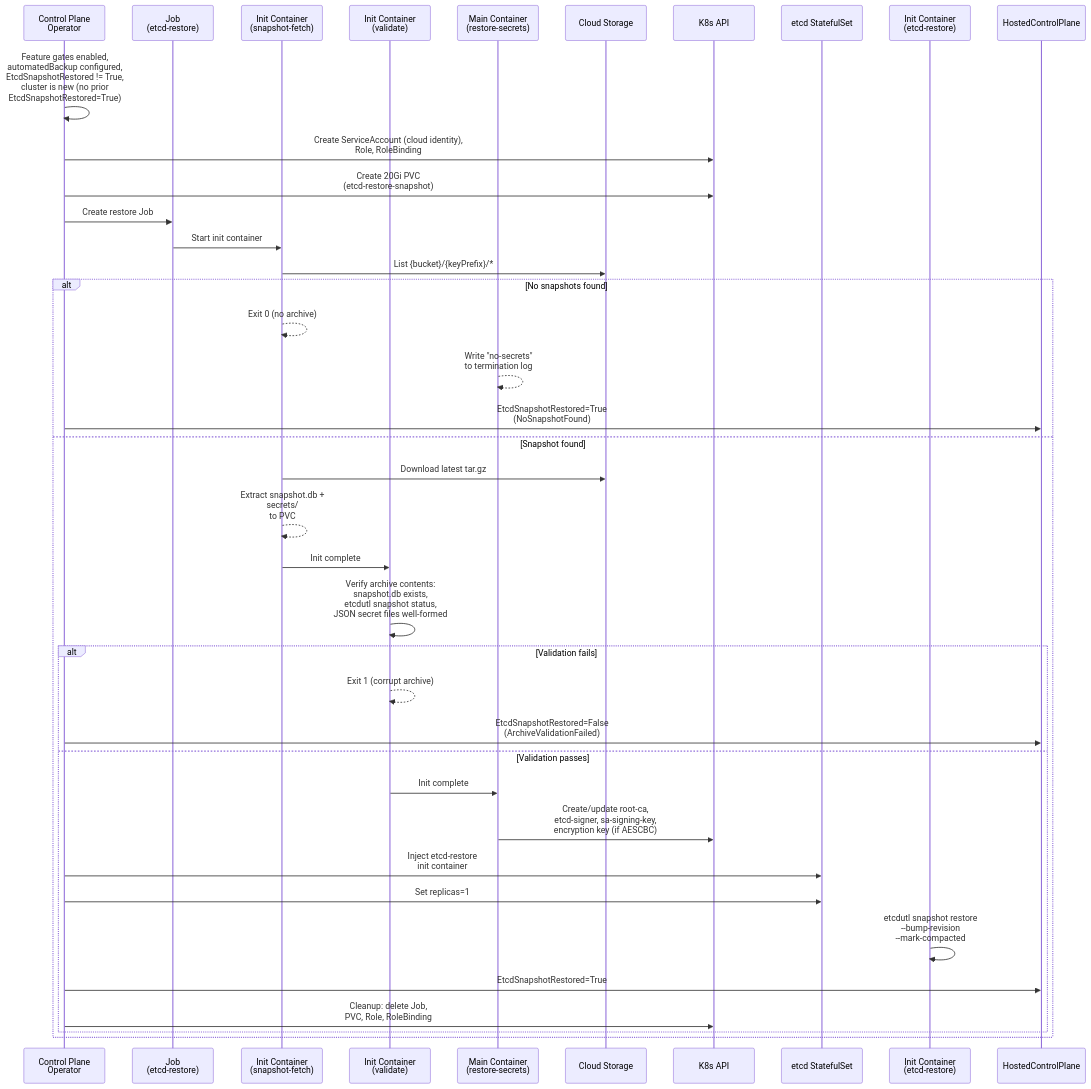
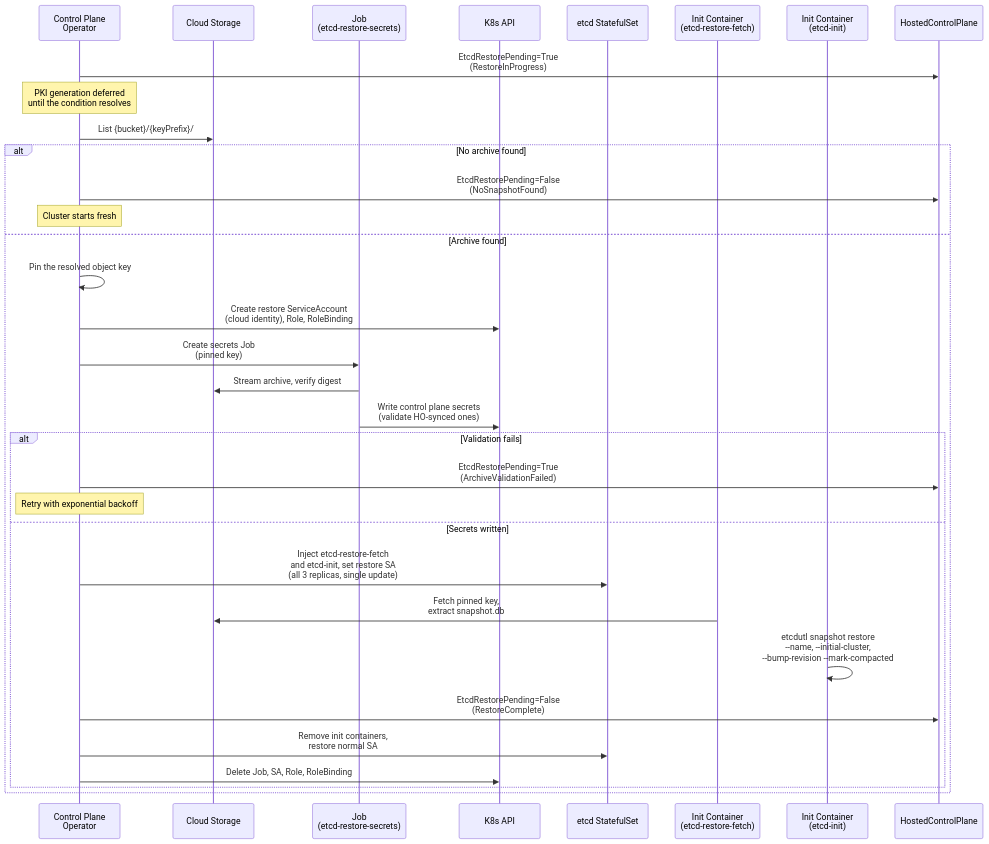
One commit to openshift/enhancements changed the second of 2 diagrams in enhancements/hypershift/automated-etcd-backup-restore.md. Above: the diagram before and after it, drawn with Mermaid. The commit also changed other lines of this file, not shown here.

First line of the commit message:
Address review feedback: align with merged HCPEtcdBackup, drop CronJob and restore PVC

````diff
--- a/enhancements/hypershift/automated-etcd-backup-restore.md
+++ b/enhancements/hypershift/automated-etcd-backup-restore.md
@@ -136,47 +139,40 @@
 ```mermaid
 sequenceDiagram
     participant CPO as Control Plane<br/>Operator
-    participant Job as Job<br/>(etcd-restore)
-    participant Fetch as Init Container<br/>(snapshot-fetch)
-    participant Validate as Init Container<br/>(validate)
-    participant Secrets as Main Container<br/>(restore-secrets)
     participant Store as Cloud Storage
+    participant Job as Job<br/>(etcd-restore-secrets)
     participant K8s as K8s API
     participant STS as etcd StatefulSet
-    participant Restore as Init Container<br/>(etcd-restore)
+    participant Fetch as Init Container<br/>(etcd-restore-fetch)
+    participant Init as Init Container<br/>(etcd-init)
     participant HCP as HostedControlPlane
 
-    CPO->>CPO: Feature gates enabled,<br/>automatedBackup configured,<br/>EtcdSnapshotRestored != True,<br/>cluster is new (no prior<br/>EtcdSnapshotRestored=True)
-    CPO->>K8s: Create ServiceAccount (cloud identity),<br/>Role, RoleBinding
-    CPO->>K8s: Create 20Gi PVC<br/>(etcd-restore-snapshot)
-    CPO->>Job: Create restore Job
+    CPO->>HCP: EtcdRestorePending=True<br/>(RestoreInProgress)
+    Note over CPO: PKI generation deferred<br/>until the condition resolves
 
-    Job->>Fetch: Start init container
-    Fetch->>Store: List {bucket}/{keyPrefix}/*
-    alt No snapshots found
-        Fetch-->>Fetch: Exit 0 (no archive)
-        Secrets-->>Secrets: Write "no-secrets"<br/>to termination log
-        CPO->>HCP: EtcdSnapshotRestored=True<br/>(NoSnapshotFound)
-    else Snapshot found
-        Fetch->>Store: Download latest tar.gz
-        Fetch-->>Fetch: Extract snapshot.db +<br/>secrets/<br/>to PVC
+    CPO->>Store: List {bucket}/{keyPrefix}/
+    alt No archive found
+        CPO->>HCP: EtcdRestorePending=False<br/>(NoSnapshotFound)
+        Note over CPO: Cluster starts fresh
+    else Archive found
+        CPO->>CPO: Pin the resolved object key
+        CPO->>K8s: Create restore ServiceAccount<br/>(cloud identity), Role, RoleBinding
+        CPO->>Job: Create secrets Job<br/>(pinned key)
 
-        Fetch->>Validate: Init complete
-        Validate->>Validate: Verify archive contents:<br/>snapshot.db exists,<br/>etcdutl snapshot status,<br/>JSON secret files well-formed
+        Job->>Store: Stream archive, verify digest
+        Job->>K8s: Write control plane secrets<br/>(validate HO-synced ones)
+
         alt Validation fails
-            Validate-->>Validate: Exit 1 (corrupt archive)
-            CPO->>HCP: EtcdSnapshotRestored=False<br/>(ArchiveValidationFailed)
-        else Validation passes
-            Validate->>Secrets: Init complete
-            Secrets->>K8s: Create/update root-ca,<br/>etcd-signer, sa-signing-key,<br/>encryption key (if AESCBC)
+            CPO->>HCP: EtcdRestorePending=True<br/>(ArchiveValidationFailed)
+            Note over CPO: Retry with exponential backoff
+        else Secrets written
+            CPO->>STS: Inject etcd-restore-fetch<br/>and etcd-init, set restore SA<br/>(all 3 replicas, single update)
+            Fetch->>Store: Fetch pinned key,<br/>extract snapshot.db
+            Init->>Init: etcdutl snapshot restore<br/>--name, --initial-cluster,<br/>--bump-revision --mark-compacted
 
-            CPO->>STS: Inject etcd-restore<br/>init container
-            CPO->>STS: Set replicas=1
-
-            Restore->>Restore: etcdutl snapshot restore<br/>--bump-revision<br/>--mark-compacted
-
-            CPO->>HCP: EtcdSnapshotRestored=True
-            CPO->>K8s: Cleanup: delete Job,<br/>PVC, Role, RoleBinding
+            CPO->>HCP: EtcdRestorePending=False<br/>(RestoreComplete)
+            CPO->>STS: Remove init containers,<br/>restore normal SA
+            CPO->>K8s: Delete Job, SA, Role, RoleBinding
         end
     end
 ```
````
